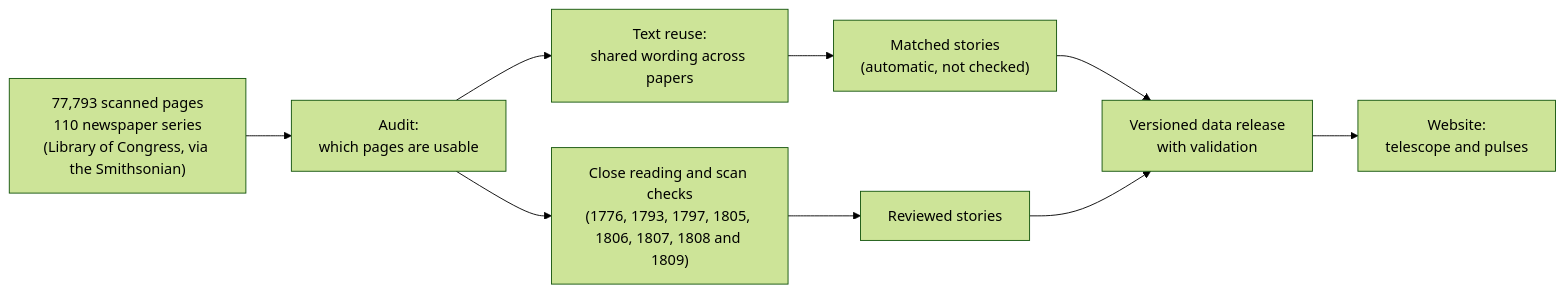
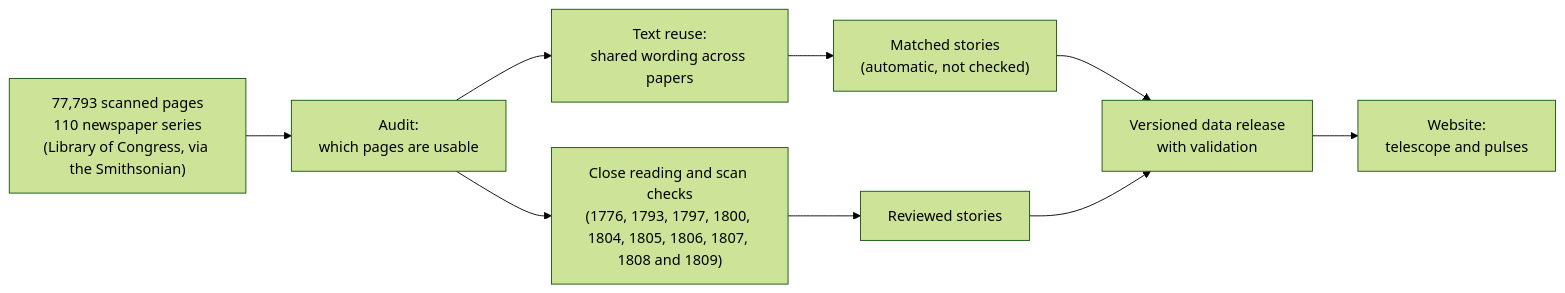
The diagram in README.md (Major-Studio-1/Project-02-newspaper-night-sky), drawn with Mermaid (forest theme) before and after one commit. The commit also changed other lines of this file and 572 other files, not shown here.

````diff
--- a/README.md
+++ b/README.md
@@ -39,10 +39,10 @@
 ```mermaid
 flowchart LR
   A["77,793 scanned pages<br/>110 newspaper series<br/>(Library of Congress, via the Smithsonian)"] --> B["Audit:<br/>which pages are usable"]
   B --> C["Text reuse:<br/>shared wording across papers"]
   C --> D["Matched stories<br/>(automatic, not checked)"]
-  B --> E["Close reading and scan checks<br/>(1776, 1793, 1797, 1805, 1806, 1807, 1808 and 1809)"]
+  B --> E["Close reading and scan checks<br/>(1776, 1793, 1797, 1800, 1804, 1805, 1806, 1807, 1808 and 1809)"]
   E --> F["Reviewed stories"]
   D & F --> G["Versioned data release<br/>with validation"]
   G --> H["Website:<br/>telescope and pulses"]
 ```
````
